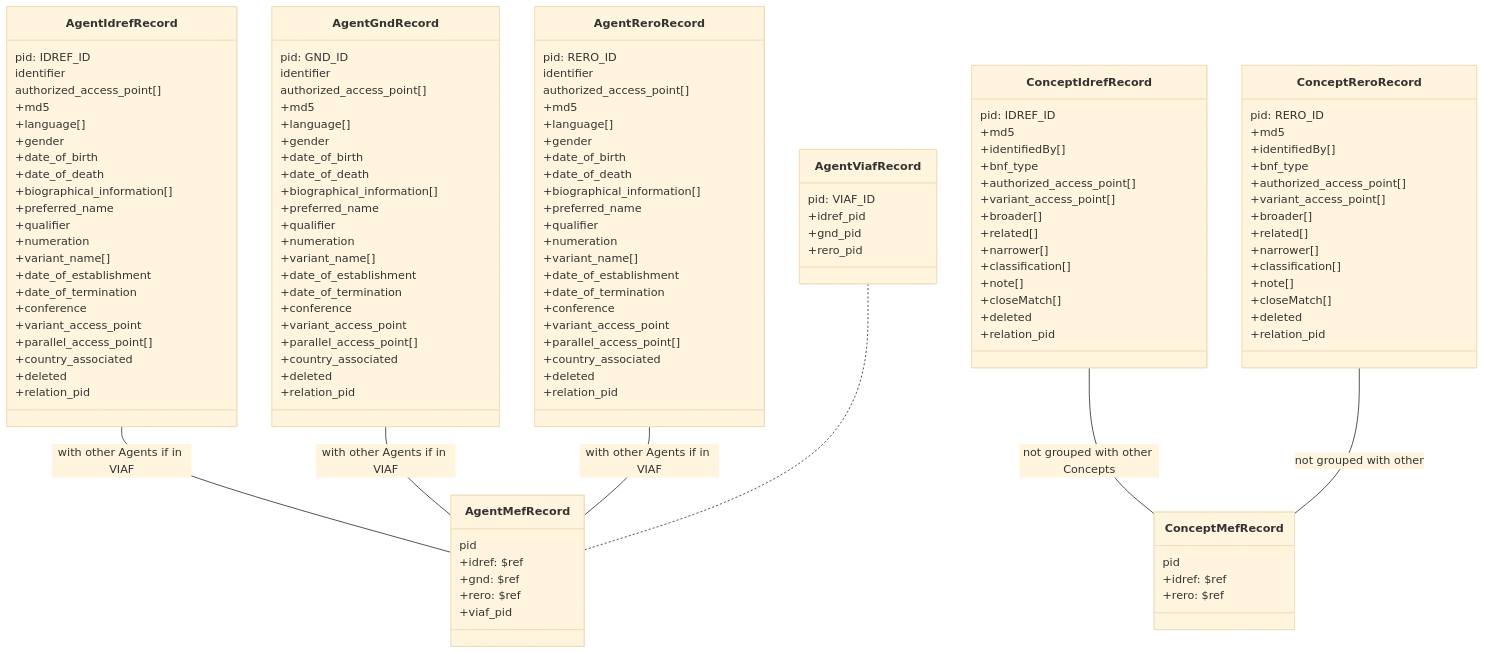
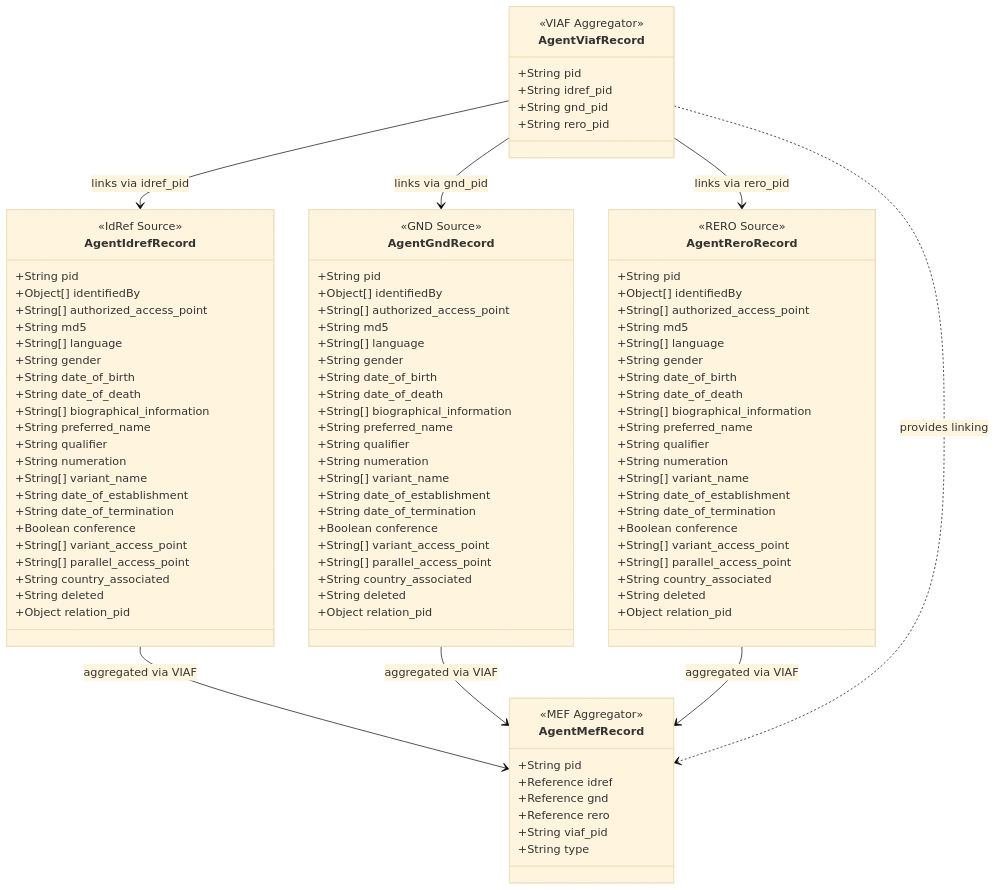
One commit to rero/rero-mef changed the first of 3 diagrams in overview.md. Above: the diagram before and after it, drawn with Mermaid (base theme). The commit also changed other lines of this file and 105 other files, not shown here.

````diff
--- a/overview.md
+++ b/overview.md
@@ -3,139 +7,105 @@
 ```mermaid
 classDiagram
+    direction TB
+
     class AgentMefRecord {
-        pid
-        +idref: $ref
-        +gnd: $ref
-        +rero: $ref
-        +viaf_pid
+        <<MEF Aggregator>>
+        +String pid
+        +Reference idref
+        +Reference gnd
+        +Reference rero
+        +String viaf_pid
+        +String type
     }
 
     class AgentViafRecord {
-        pid: VIAF_ID
-        +idref_pid
-        +gnd_pid
-        +rero_pid
+        <<VIAF Aggregator>>
+        +String pid
+        +String idref_pid
+        +String gnd_pid
+        +String rero_pid
     }
 
     class AgentIdrefRecord {
-        pid: IDREF_ID
-        identifier
-        authorized_access_point[]
-        +md5
-        +language[]
-        +gender
-        +date_of_birth
-        +date_of_death
-        +biographical_information[]
-        +preferred_name
-        +qualifier
-        +numeration
-        +variant_name[]
-        +date_of_establishment
-        +date_of_termination
-        +conference
-        +variant_access_point
-        +parallel_access_point[]
-        +country_associated
-        +deleted
-        +relation_pid
-}
+        <<IdRef Source>>
+        +String pid
+        +Object[] identifiedBy
+        +String[] authorized_access_point
+        +String md5
+        +String[] language
+        +String gender
+        +String date_of_birth
+        +String date_of_death
+        +String[] biographical_information
+        +String preferred_name
+        +String qualifier
+        +String numeration
+        +String[] variant_name
+        +String date_of_establishment
+        +String date_of_termination
+        +Boolean conference
+        +String[] variant_access_point
+        +String[] parallel_access_point
+        +String country_associated
+        +String deleted
+        +Object relation_pid
+    }
 
     class AgentGndRecord {
-        pid: GND_ID
-        identifier
-        authorized_access_point[]
-        +md5
-        +language[]
-        +gender
-        +date_of_birth
-        +date_of_death
-        +biographical_information[]
-        +preferred_name
-        +qualifier
-        +numeration
-        +variant_name[]
-        +date_of_establishment
-        +date_of_termination
-        +conference
-        +variant_access_point
-        +parallel_access_point[]
-        +country_associated
-        +deleted
-        +relation_pid
+        <<GND Source>>
+        +String pid
+        +Object[] identifiedBy
+        +String[] authorized_access_point
+        +String md5
+        +String[] language
+        +String gender
+        +String date_of_birth
+        +String date_of_death
+        +String[] biographical_information
+        +String preferred_name
+        +String qualifier
+        +String numeration
+        +String[] variant_name
+        +String date_of_establishment
+        +String date_of_termination
+        +Boolean conference
+        +String[] variant_access_point
+        +String[] parallel_access_point
+        +String country_associated
+        +String deleted
+        +Object relation_pid
     }
 
     class AgentReroRecord {
-        pid: RERO_ID
-        identifier
-        authorized_access_point[]
-        +md5
-        +language[]
-        +gender
-        +date_of_birth
-        +date_of_death
-        +biographical_information[]
-        +preferred_name
-        +qualifier
-        +numeration
-        +variant_name[]
-        +date_of_establishment
-        +date_of_termination
-        +conference
-        +variant_access_point
-        +parallel_access_point[]
-        +country_associated
-        +deleted
-        +relation_pid
+        <<RERO Source>>
+        +String pid
+        +Object[] identifiedBy
+        +String[] authorized_access_point
+        +String md5
+        +String[] language
+        +String gender
+        +String date_of_birth
+        +String date_of_death
+        +String[] biographical_information
+        +String preferred_name
+        +String qualifier
+        +String numeration
+        +String[] variant_name
+        +String date_of_establishment
+        +String date_of_termination
+        +Boolean conference
+        +String[] variant_access_point
+        +String[] parallel_access_point
+        +String country_associated
+        +String deleted
+        +Object relation_pid
     }
 
-    AgentIdrefRecord  -- AgentMefRecord : with other Agents if in VIAF
-    AgentGndRecord  -- AgentMefRecord : with other Agents if in VIAF
-    AgentReroRecord  -- AgentMefRecord : with other Agents if in VIAF
-    AgentViafRecord  .. AgentMefRecord
-
-
-    class ConceptMefRecord{
-        pid
-        +idref: $ref
-        +rero: $ref
-    }
-
-
-    class ConceptIdrefRecord{
-        pid: IDREF_ID
-        +md5
-        +identifiedBy[]
-        +bnf_type
-        +authorized_access_point[]
-        +variant_access_point[]
-        +broader[]
-        +related[]
-        +narrower[]
-        +classification[]
-        +note[]
-        +closeMatch[]
-        +deleted
-        +relation_pid
-}
-
-    class ConceptReroRecord{
-        pid: RERO_ID
-        +md5
-        +identifiedBy[]
-        +bnf_type
-        +authorized_access_point[]
-        +variant_access_point[]
-        +broader[]
-        +related[]
-        +narrower[]
-        +classification[]
-        +note[]
-        +closeMatch[]
-        +deleted
-        +relation_pid
-    }
-
-    ConceptIdrefRecord -- ConceptMefRecord: not grouped with other Concepts
-    ConceptReroRecord -- ConceptMefRecord: not grouped with other
+    AgentIdrefRecord --> AgentMefRecord : aggregated via VIAF
+    AgentGndRecord --> AgentMefRecord : aggregated via VIAF
+    AgentReroRecord --> AgentMefRecord : aggregated via VIAF
+    AgentViafRecord ..> AgentMefRecord : provides linking
+    AgentViafRecord --> AgentIdrefRecord : links via idref_pid
+    AgentViafRecord --> AgentGndRecord : links via gnd_pid
+    AgentViafRecord --> AgentReroRecord : links via rero_pid
 ```
````
